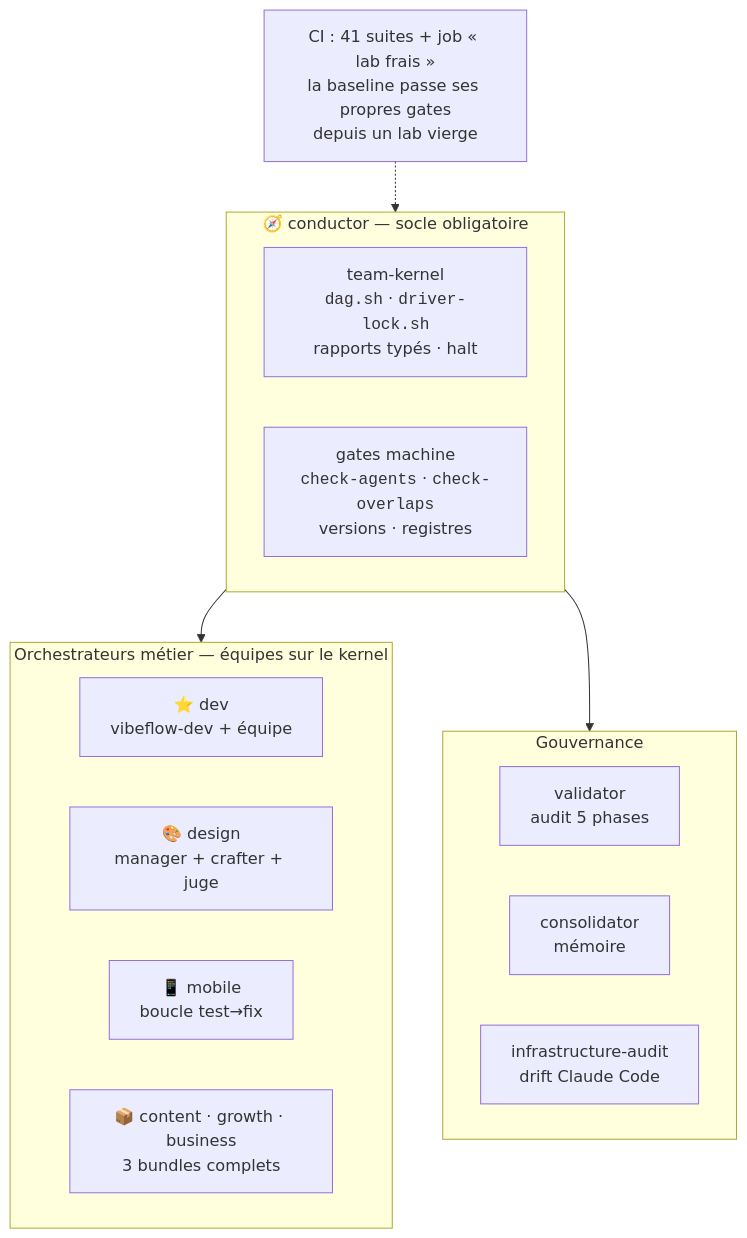
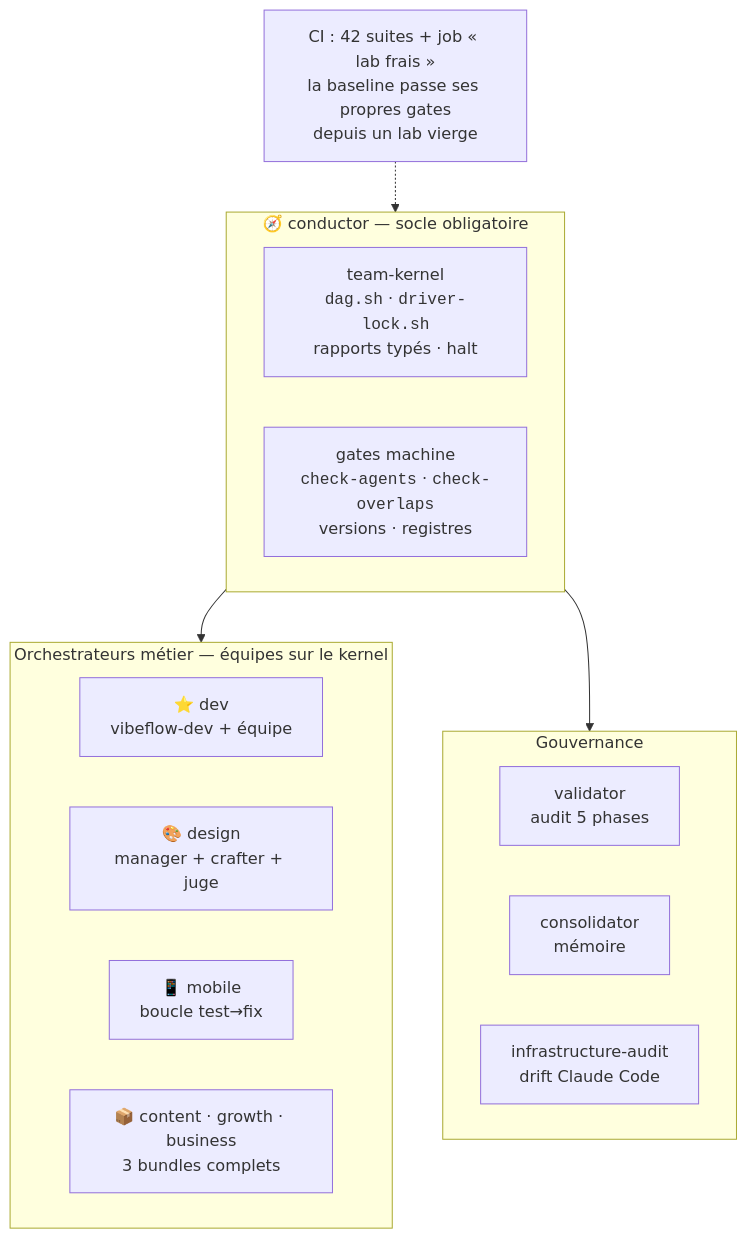
One commit to picmakpro/vibeflow-os changed the fourth of 4 diagrams in README.fr.md. Above: the diagram before and after it, drawn with Mermaid. The commit also changed other lines of this file and 5 other files, not shown here.

````diff
--- a/README.fr.md
+++ b/README.fr.md
@@ -151,21 +151,21 @@
 ```mermaid
 flowchart TD
     subgraph socle["🧭 conductor — socle obligatoire"]
         K["team-kernel<br/><code>dag.sh</code> · <code>driver-lock.sh</code><br/>rapports typés · halt"]
         G["gates machine<br/><code>check-agents</code> · <code>check-overlaps</code><br/>versions · registres"]
     end
     subgraph orch["Orchestrateurs métier — équipes sur le kernel"]
         DEV["⭐ dev<br/>vibeflow-dev + équipe"]
         DES["🎨 design<br/>manager + crafter + juge"]
         MOB["📱 mobile<br/>boucle test→fix"]
         BIZ["📦 content · growth · business<br/>3 bundles complets"]
     end
     subgraph gouv["Gouvernance"]
         V["validator<br/>audit 5 phases"]
         CO["consolidator<br/>mémoire"]
         IA["infrastructure-audit<br/>drift Claude Code"]
     end
     socle --> orch
     socle --> gouv
-    CI["CI : 41 suites + job « lab frais »<br/>la baseline passe ses propres gates<br/>depuis un lab vierge"] -.-> socle
+    CI["CI : 42 suites + job « lab frais »<br/>la baseline passe ses propres gates<br/>depuis un lab vierge"] -.-> socle
 ```
````
